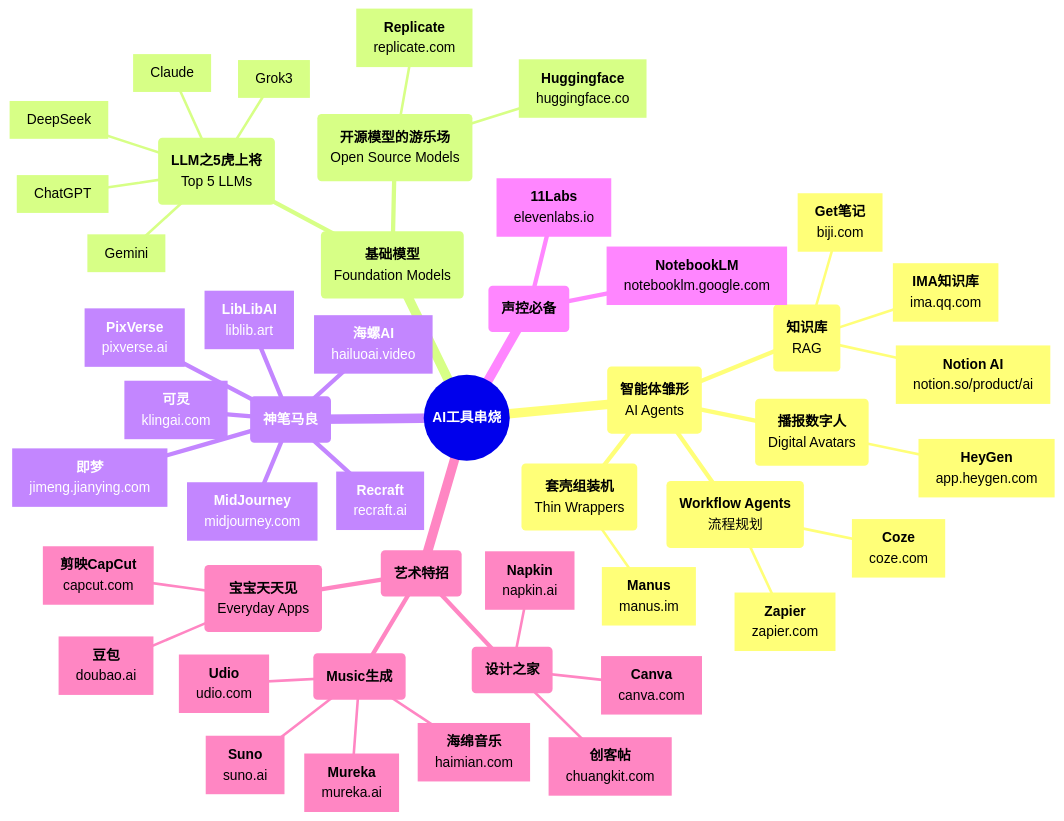
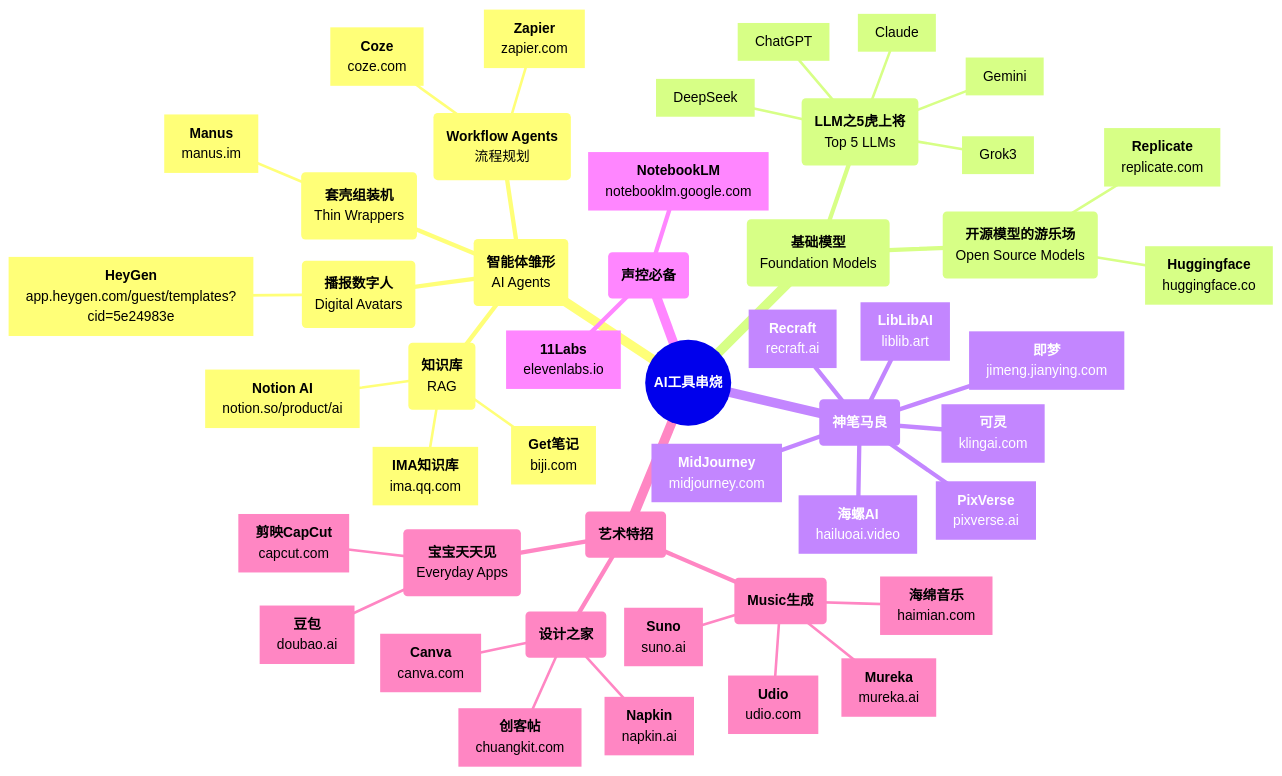
One commit to TouchMarsSolutions/web9ai changed the second of 3 diagrams in docs/ai/88-usecase/01_ai_hot_tools.mdx. Above: the diagram before and after it, drawn with Mermaid. The commit also changed other lines of this file, not shown here.

Commit message:
update refer link

````diff
--- a/docs/ai/88-usecase/01_ai_hot_tools.mdx
+++ b/docs/ai/88-usecase/01_ai_hot_tools.mdx
@@ -101,50 +101,50 @@
 ```mermaid
 mindmap
   root(("`**AI工具串烧**`"))
     ("`**智能体雏形**<br/>AI Agents`")
       ("`**Workflow Agents**<br/>流程规划`")     
         Coze["`**Coze**<br/>coze.com`"]         
         ["`**Zapier**<br/>zapier.com`"]
       ("`**套壳组装机**<br/>Thin Wrappers`")
         ["`**Manus**<br/>manus.im`"]
       ("`**播报数字人**<br/>Digital Avatars`")
-        ["`**HeyGen**<br/>app.heygen.com`"]
+        ["`**HeyGen**<br/>app.heygen.com/guest/templates?cid=5e24983e`"]
       ("`**知识库**<br/>RAG`")
         ["`**IMA知识库**<br/>ima.qq.com`"]
         ["`**Get笔记**<br/>biji.com`"]
         ["`**Notion AI**<br/>notion.so/product/ai`"]
     ("`**基础模型**<br/>Foundation Models`")
       ("`**LLM之5虎上将**<br/>Top 5 LLMs`")
         [ChatGPT]
         [DeepSeek]
         [Gemini]
         [Grok3]
         [Claude]
       ("`**开源模型的游乐场**<br/>Open Source Models`")
         ["`**Replicate**<br/>replicate.com`"]
         ["`**Huggingface**<br/>huggingface.co`"]
     ("`**神笔马良**`")
       ["`**MidJourney**<br/>midjourney.com`"]
       ["`**LibLibAI**<br/>liblib.art`"]
       ["`**海螺AI**<br/>hailuoai.video`"]
       ["`**可灵**<br/>klingai.com`"]
       ["`**即梦**<br/>jimeng.jianying.com`"]
       ["`**PixVerse**<br/>pixverse.ai`"]
       ["`**Recraft**<br/>recraft.ai`"]
     ("`**声控必备**`")
       ["`**11Labs**<br/>elevenlabs.io`"]
       ["`**NotebookLM**<br/>notebooklm.google.com`"]
     ("`**艺术特招**`")
       ("`**设计之家**`")
         ["`**Canva**<br/>canva.com`"]
         ["`**创客帖**<br/>chuangkit.com`"]
         ["`**Napkin**<br/>napkin.ai`"]
       ("`**Music生成**`")
         ["`**Suno**<br/>suno.ai`"]
         ["`**Udio**<br/>udio.com`"]
         ["`**Mureka**<br/>mureka.ai`"]
         ["`**海绵音乐**<br/>haimian.com`"]
       ("`**宝宝天天见**<br/>Everyday Apps`")
         ["`**豆包**<br/>doubao.ai`"]
         ["`**剪映CapCut**<br/>capcut.com`"]
 ```
````
